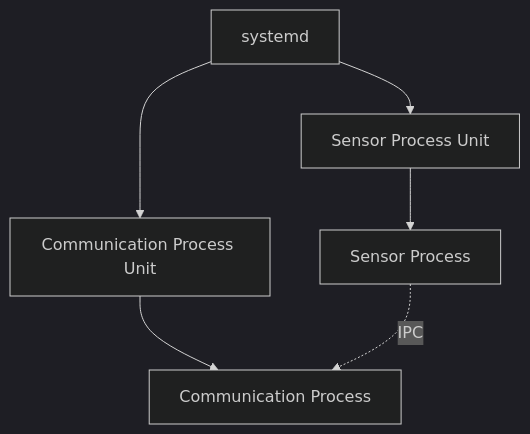
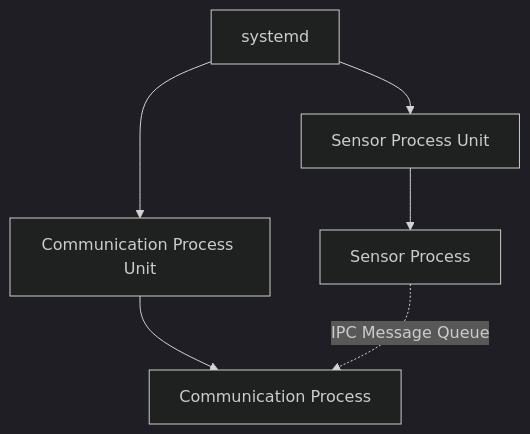
The third of 15 diagrams in docs/06_system_management_security.md (yujimasuda77777/Raspberry_Pi_4B_Edge_IoT_System), drawn with Mermaid (dark theme) before and after one commit. The commit also changed other lines of this file and 1 other file, not shown here.

````diff
--- a/docs/06_system_management_security.md
+++ b/docs/06_system_management_security.md
@@ -134,18 +140,18 @@
 ```mermaid
 flowchart TB
     Systemd["systemd"]
 
     SensorUnit["Sensor Process Unit"]
     CommUnit["Communication Process Unit"]
 
     Sensor["Sensor Process"]
     Comm["Communication Process"]
 
     Systemd --> SensorUnit
     Systemd --> CommUnit
 
     SensorUnit --> Sensor
     CommUnit --> Comm
 
-    Sensor -.->|IPC| Comm
+    Sensor -.->|IPC Message Queue| Comm
 ```
````
